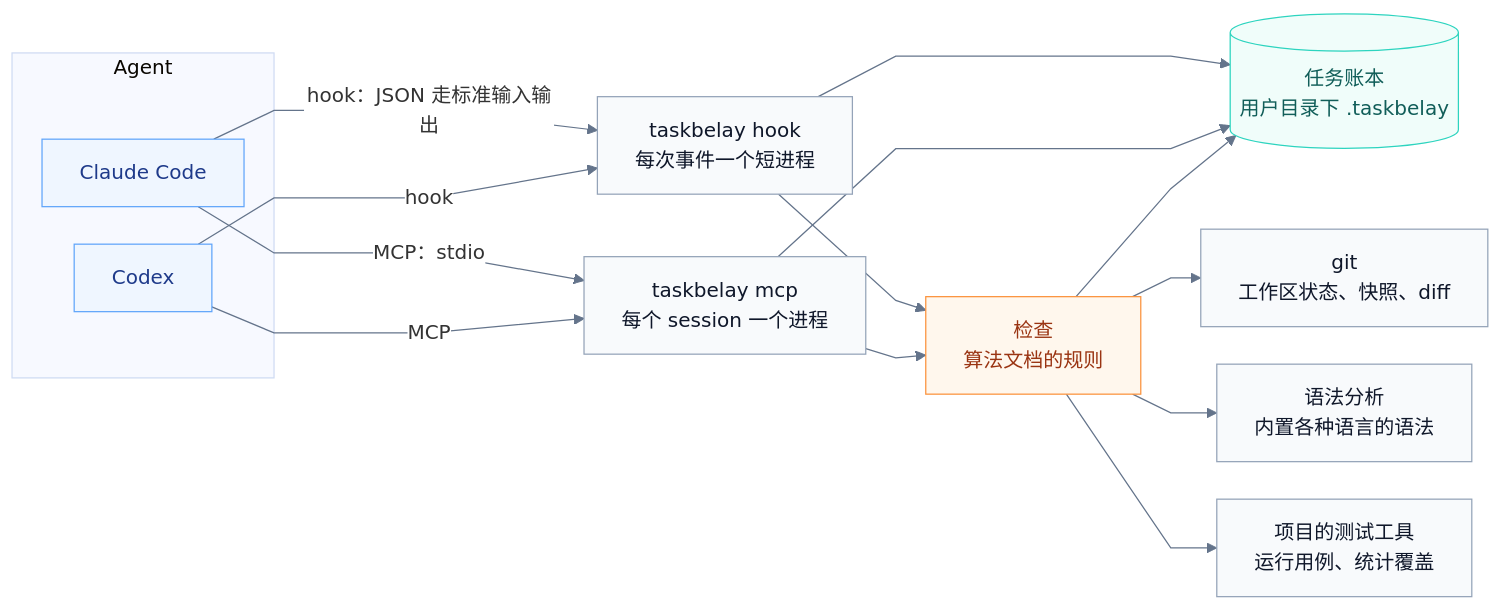
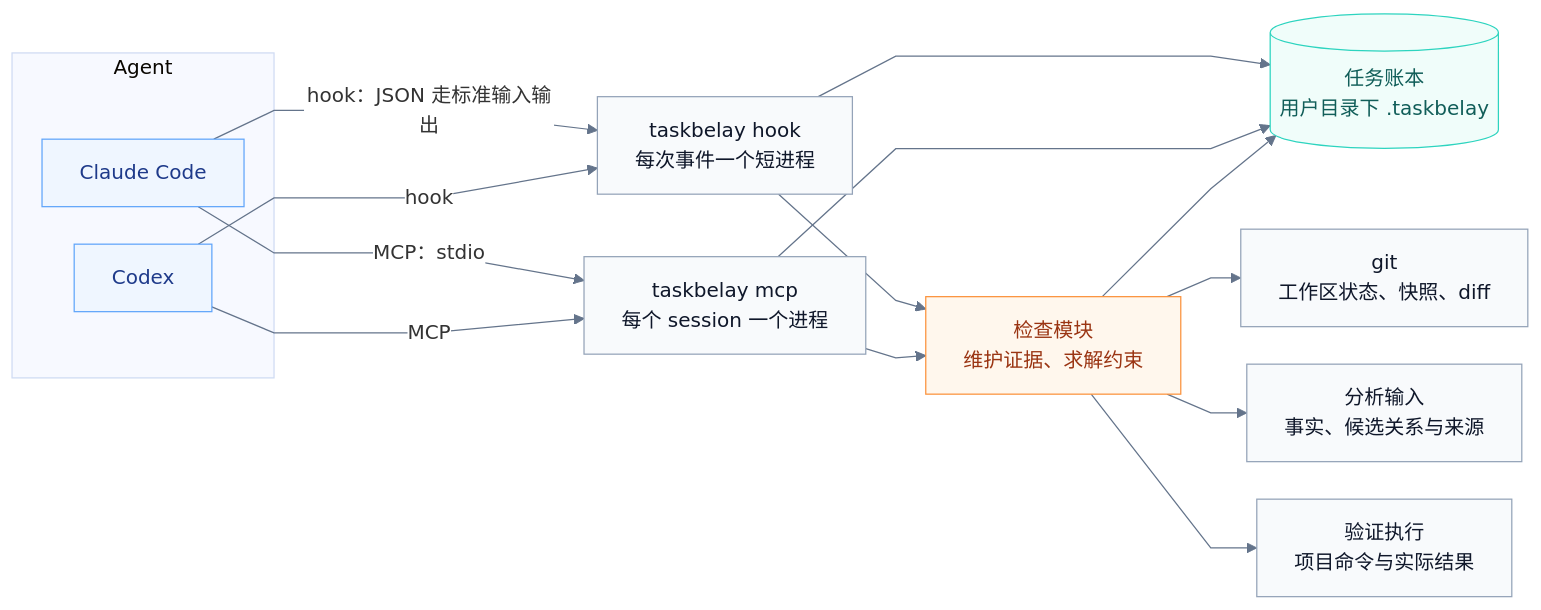
Before and after one commit to Innocent-children/TaskBelay: the first of 3 diagrams in docs/product-architecture.md, drawn with Mermaid. The commit also changed other lines of this file and 27 other files, not shown here.

````diff
--- a/docs/product-architecture.md
+++ b/docs/product-architecture.md
@@ -9,32 +11,32 @@
 ```mermaid
 %%{init: {"theme": "base", "themeVariables": {"fontFamily": "PingFang SC, Microsoft YaHei, sans-serif", "fontSize": "16px", "edgeLabelBackground": "#ffffff", "lineColor": "#64748b"}, "flowchart": {"curve": "linear", "nodeSpacing": 30, "rankSpacing": 48}}}%%
 flowchart LR
     subgraph AGENTS["Agent"]
         CC["Claude Code"]
         CX["Codex"]
     end
 
     CC -->|"hook：JSON 走标准输入输出"| HOOK["taskbelay hook<br/>每次事件一个短进程"]
     CX -->|"hook"| HOOK
     CC -->|"MCP：stdio"| MCP["taskbelay mcp<br/>每个 session 一个进程"]
     CX -->|"MCP"| MCP
 
-    HOOK --> CHECK["检查<br/>算法文档的规则"]
+    HOOK --> CHECK["检查模块<br/>维护证据、求解约束"]
     MCP --> CHECK
     HOOK --> LEDGER[("任务账本<br/>用户目录下 .taskbelay")]
     MCP --> LEDGER
     CHECK --> LEDGER
     CHECK --> GIT["git<br/>工作区状态、快照、diff"]
-    CHECK --> CODE["语法分析<br/>内置各种语言的语法"]
-    CHECK --> TOOLS["项目的测试工具<br/>运行用例、统计覆盖"]
+    CHECK --> CODE["分析输入<br/>事实、候选关系与来源"]
+    CHECK --> TOOLS["验证执行<br/>项目命令与实际结果"]
 
     classDef gray fill:#f8fafc,stroke:#94a3b8,color:#0f172a;
     classDef orange fill:#fff7ed,stroke:#fb923c,color:#9a3412;
     classDef teal fill:#f0fdfa,stroke:#2dd4bf,color:#115e59;
     classDef blue fill:#eff6ff,stroke:#60a5fa,color:#1e3a8a;
     class CC,CX blue;
     class HOOK,MCP gray;
     class CHECK orange;
     class LEDGER teal;
     class GIT,CODE,TOOLS gray;
 ```
````
